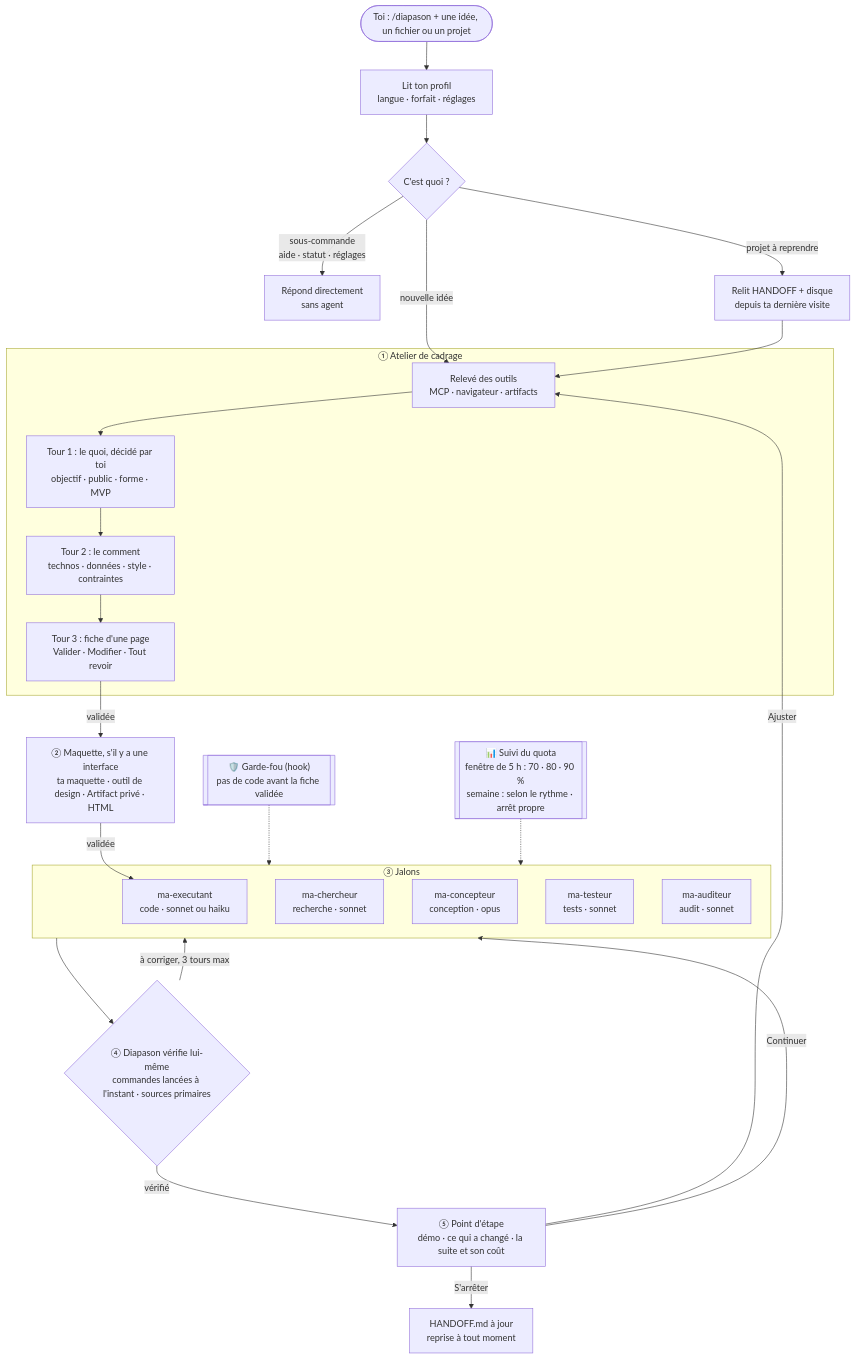
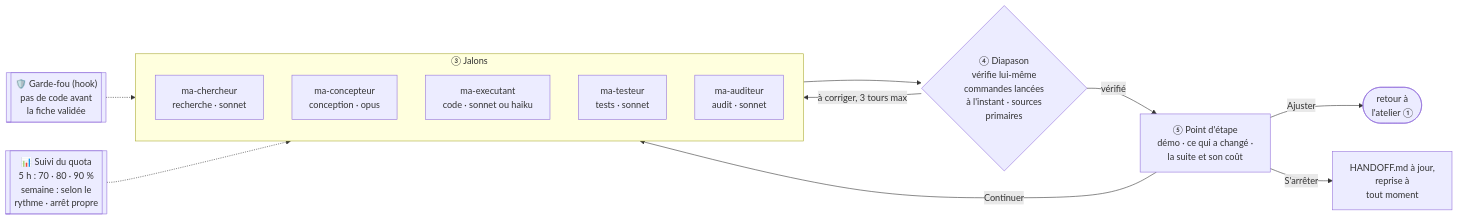
One commit to MalikChopa/diapason changed the fourth of 4 diagrams in README.md. Above: the diagram before and after it, drawn with Mermaid. The commit also changed other lines of this file, not shown here.

First line of the commit message:
README : schéma en horizontal, deux blocs par langue

````diff
--- a/README.md
+++ b/README.md
@@ -134,36 +158,18 @@
 ```mermaid
-flowchart TD
-    U(["Toi : /diapason + une idée, un fichier ou un projet"]) --> P["Lit ton profil<br/>langue · forfait · réglages"]
-    P --> R{"C'est quoi ?"}
-    R -- "sous-commande<br/>aide · statut · réglages" --> SC["Répond directement<br/>sans agent"]
-    R -- "projet à reprendre" --> RS["Relit HANDOFF + disque<br/>depuis ta dernière visite"]
-    R -- "nouvelle idée" --> Q
-    RS --> Q
-
-    subgraph W["① Atelier de cadrage"]
-        Q["Relevé des outils<br/>MCP · navigateur · artifacts"] --> T1["Tour 1 : le quoi, décidé par toi<br/>objectif · public · forme · MVP"]
-        T1 --> T2["Tour 2 : le comment<br/>technos · données · style · contraintes"]
-        T2 --> T3["Tour 3 : fiche d'une page<br/>Valider · Modifier · Tout revoir"]
-    end
-
-    T3 -- "validée" --> MK["② Maquette, s'il y a une interface<br/>ta maquette · outil de design · Artifact privé · HTML"]
-    MK -- "validée" --> A3
-
+flowchart LR
     subgraph J["③ Jalons"]
         A1["ma-chercheur<br/>recherche · sonnet"]
         A2["ma-concepteur<br/>conception · opus"]
         A3["ma-executant<br/>code · sonnet ou haiku"]
         A4["ma-testeur<br/>tests · sonnet"]
         A5["ma-auditeur<br/>audit · sonnet"]
     end
-
-    J --> V{"④ Diapason vérifie lui-même<br/>commandes lancées à l'instant · sources primaires"}
+    J --> V{"④ Diapason<br/>vérifie lui-même<br/>commandes lancées<br/>à l'instant · sources<br/>primaires"}
     V -- "à corriger, 3 tours max" --> J
-    V -- "vérifié" --> CP["⑤ Point d'étape<br/>démo · ce qui a changé · la suite et son coût"]
+    V -- "vérifié" --> CP["⑤ Point d'étape<br/>démo · ce qui a changé ·<br/>la suite et son coût"]
     CP -- "Continuer" --> J
-    CP -- "Ajuster" --> Q
-    CP -- "S'arrêter" --> H["HANDOFF.md à jour<br/>reprise à tout moment"]
-
-    G[["🛡️ Garde-fou (hook)<br/>pas de code avant la fiche validée"]] -.-> J
-    QT[["📊 Suivi du quota<br/>fenêtre de 5 h : 70 · 80 · 90 %<br/>semaine : selon le rythme · arrêt propre"]] -.-> J
+    CP -- "Ajuster" --> BK(["retour à<br/>l'atelier ①"])
+    CP -- "S'arrêter" --> H["HANDOFF.md à jour,<br/>reprise à<br/>tout moment"]
+    G[["🛡️ Garde-fou (hook)<br/>pas de code avant<br/>la fiche validée"]] -.-> J
+    QT[["📊 Suivi du quota<br/>5 h : 70 · 80 · 90 %<br/>semaine : selon le<br/>rythme · arrêt propre"]] -.-> J
 ```
````
